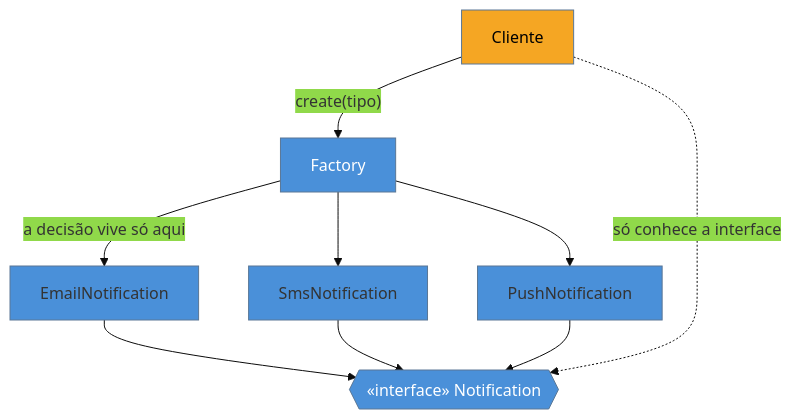
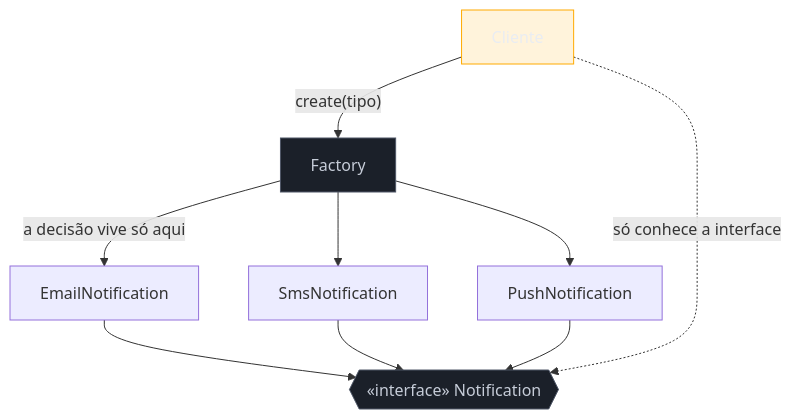
Before and after one commit to josenaldo/codex-technomanticus: the diagram in 03-Dominios/Engenharia/Design de Software/Padrões de Projeto/Clássicos (GoF)/03 - Factory Method.md, drawn with Mermaid. The commit also changed 1181 other files, not shown here.

First line of the commit message:
fix(diagramas): paleta do sistema no lugar de cor cravada no markdown

````diff
--- a/03-Dominios/Engenharia/Design de Software/Padrões de Projeto/Clássicos (GoF)/03 - Factory Method.md
+++ b/03-Dominios/Engenharia/Design de Software/Padrões de Projeto/Clássicos (GoF)/03 - Factory Method.md
@@ -32,16 +32,17 @@
 ```mermaid
-%%{init: {"theme": "base", "themeVariables": {"primaryColor": "#4A90D9"}}}%%
 graph TD
+    classDef neutro fill:#1B2029,stroke:#4E5666,color:#C6CCD8
+    classDef destaque fill:#FFAA0024,stroke:#FFAA00,color:#E9ECF2
     C[Cliente] -->|"create(tipo)"| F[Factory]
     F -->|"a decisão vive só aqui"| E[EmailNotification]
     F --> S[SmsNotification]
     F --> P[PushNotification]
     E --> I{{"«interface» Notification"}}
     S --> I
     P --> I
     C -.->|só conhece a interface| I
 
-    style F fill:#4A90D9,color:#fff
-    style I fill:#4A90D9,color:#fff
-    style C fill:#F5A623,color:#000
+    class F neutro
+    class I neutro
+    class C destaque
 ```
````
